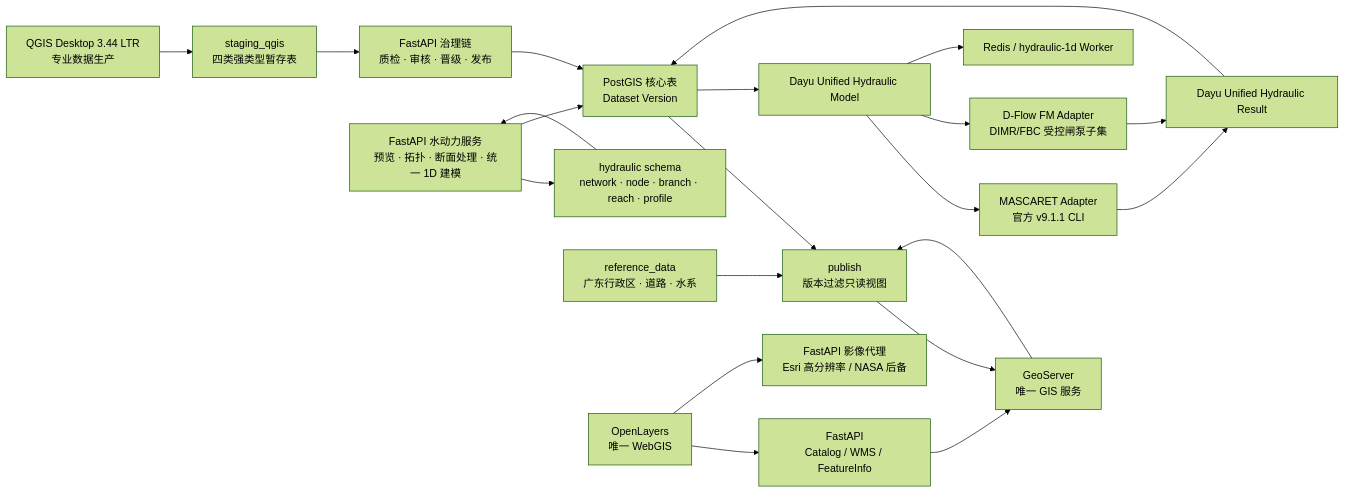
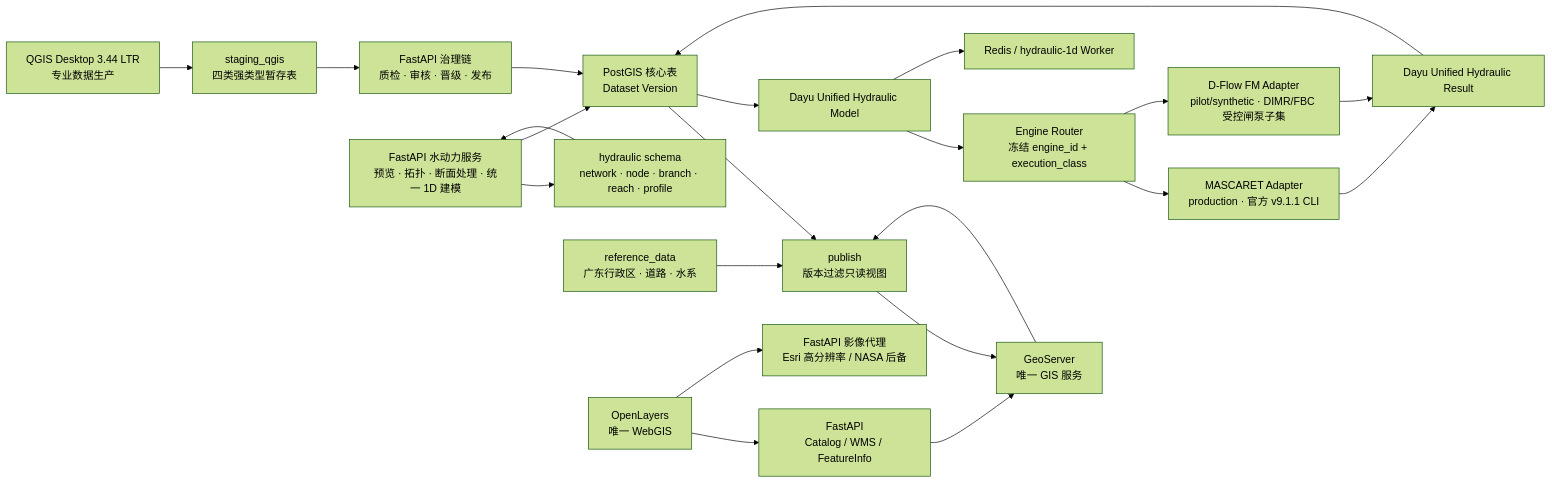
One commit to zj1310426307-stack/dayu-tiangong changed the diagram in docs/architecture.md. Above: the diagram before and after it, drawn with Mermaid (forest theme). The commit also changed other lines of this file and 31 other files, not shown here.

````diff
--- a/docs/architecture.md
+++ b/docs/architecture.md
@@ -8,23 +8,24 @@
 ```mermaid
 flowchart LR
   QGIS["QGIS Desktop 3.44 LTR<br/>专业数据生产"] --> STAGING["staging_qgis<br/>四类强类型暂存表"]
   STAGING --> GOV["FastAPI 治理链<br/>质检 · 审核 · 晋级 · 发布"]
   GOV --> CORE["PostGIS 核心表<br/>Dataset Version"]
   EXCHANGE["FastAPI 水动力服务<br/>预览 · 拓扑 · 断面处理 · 统一 1D 建模"] --> HYDRAULIC["hydraulic schema<br/>network · node · branch · reach · profile"]
   EXCHANGE --> CORE
   HYDRAULIC --> EXCHANGE
   CORE --> PUBLISH["publish<br/>版本过滤只读视图"]
   REFERENCE["reference_data<br/>广东行政区 · 道路 · 水系"] --> PUBLISH
   PUBLISH --> GEOSERVER["GeoServer<br/>唯一 GIS 服务"]
   OPENLAYERS["OpenLayers<br/>唯一 WebGIS"] --> API["FastAPI<br/>Catalog / WMS / FeatureInfo"]
   API --> GEOSERVER
   OPENLAYERS --> IMAGERY["FastAPI 影像代理<br/>Esri 高分辨率 / NASA 后备"]
   GEOSERVER --> PUBLISH
   CORE --> MODEL["Dayu Unified Hydraulic Model"]
-  MODEL --> MASCARET["MASCARET Adapter<br/>官方 v9.1.1 CLI"]
-  MODEL --> DFLOW["D-Flow FM Adapter<br/>DIMR/FBC 受控闸泵子集"]
+  MODEL --> ROUTE["Engine Router<br/>冻结 engine_id + execution_class"]
+  ROUTE --> MASCARET["MASCARET Adapter<br/>production · 官方 v9.1.1 CLI"]
+  ROUTE --> DFLOW["D-Flow FM Adapter<br/>pilot/synthetic · DIMR/FBC 受控闸泵子集"]
   MASCARET --> RESULT["Dayu Unified Hydraulic Result"]
   DFLOW --> RESULT
   MODEL --> REDIS["Redis / hydraulic-1d Worker"]
   RESULT --> CORE
 ```
````
